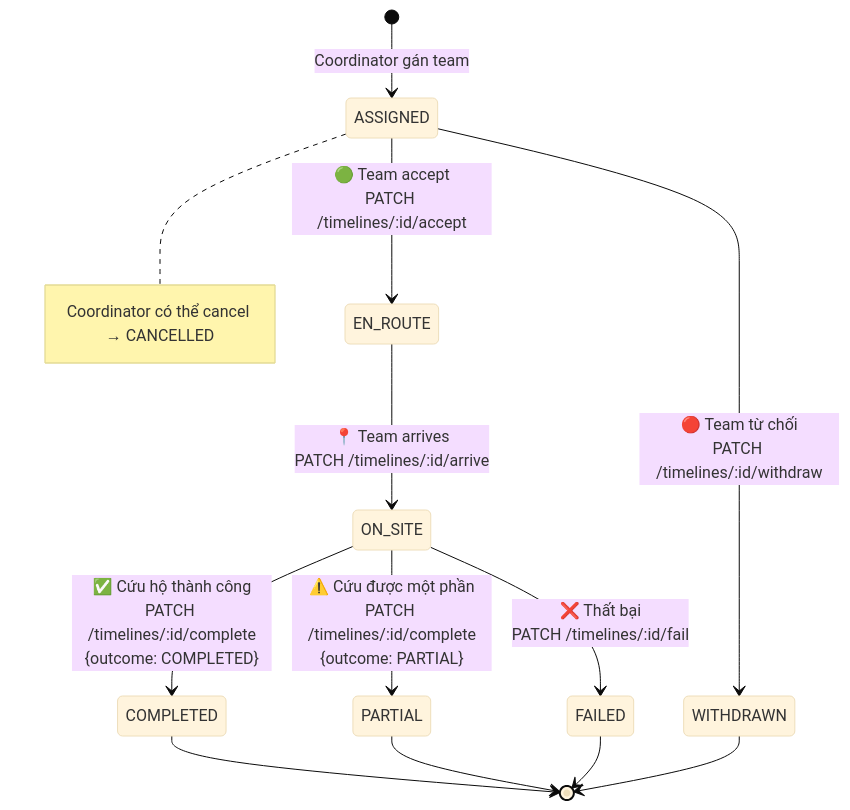
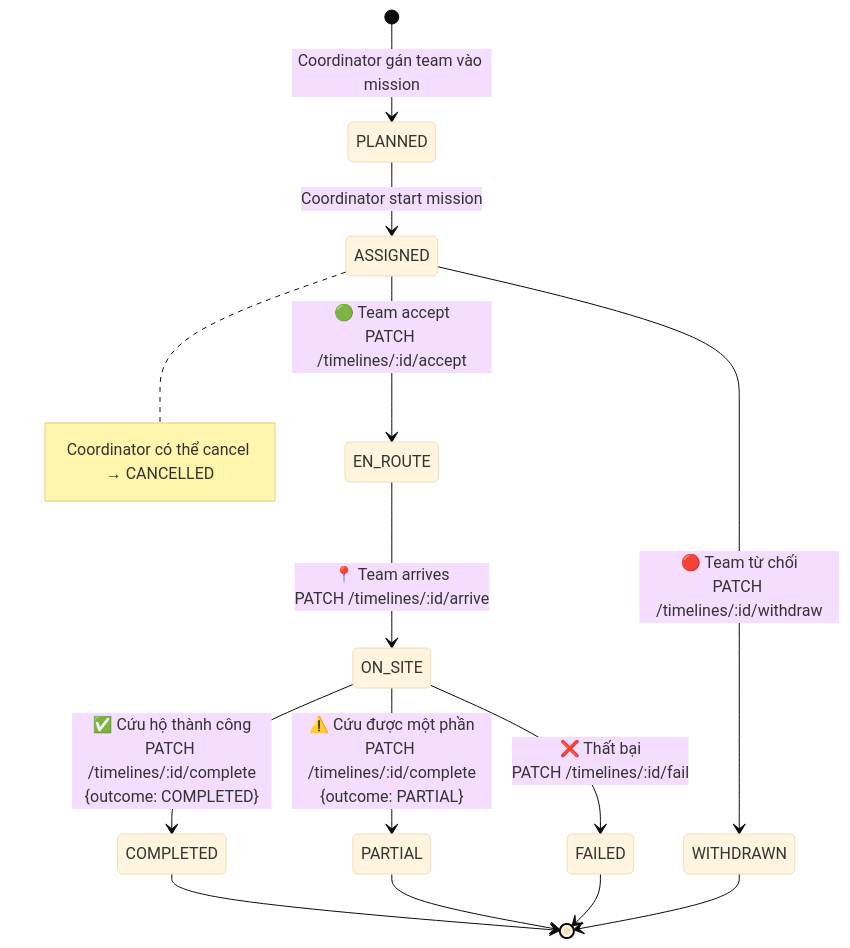
Before and after one commit to phuonganh1609/flood_rescue: the third of 9 diagrams in docs/flows/Team_flows.md, drawn with Mermaid (base theme). The commit also changed other lines of this file and 18 other files, not shown here.

Commit message:
docs: sửa lại docs để làm lại luồng cho mission: ERD, flows, API,...

````diff
--- a/docs/flows/Team_flows.md
+++ b/docs/flows/Team_flows.md
@@ -78,20 +78,22 @@
 ```mermaid
 stateDiagram-v2
-    [*] --> ASSIGNED : Coordinator gán team
+    [*] --> PLANNED : Coordinator gán team vào mission
+
+    PLANNED --> ASSIGNED : Coordinator start mission
 
     ASSIGNED --> EN_ROUTE : 🟢 Team accept<br/>PATCH /timelines/:id/accept
     ASSIGNED --> WITHDRAWN : 🔴 Team từ chối<br/>PATCH /timelines/:id/withdraw
 
     EN_ROUTE --> ON_SITE : 📍 Team arrives<br/>PATCH /timelines/:id/arrive
 
     ON_SITE --> COMPLETED : ✅ Cứu hộ thành công<br/>PATCH /timelines/:id/complete<br/>{outcome: COMPLETED}
     ON_SITE --> PARTIAL : ⚠️ Cứu được một phần<br/>PATCH /timelines/:id/complete<br/>{outcome: PARTIAL}
     ON_SITE --> FAILED : ❌ Thất bại<br/>PATCH /timelines/:id/fail
 
     note right of ASSIGNED : Coordinator có thể cancel → CANCELLED
 
     COMPLETED --> [*]
     PARTIAL --> [*]
     FAILED --> [*]
     WITHDRAWN --> [*]
 ```
````
